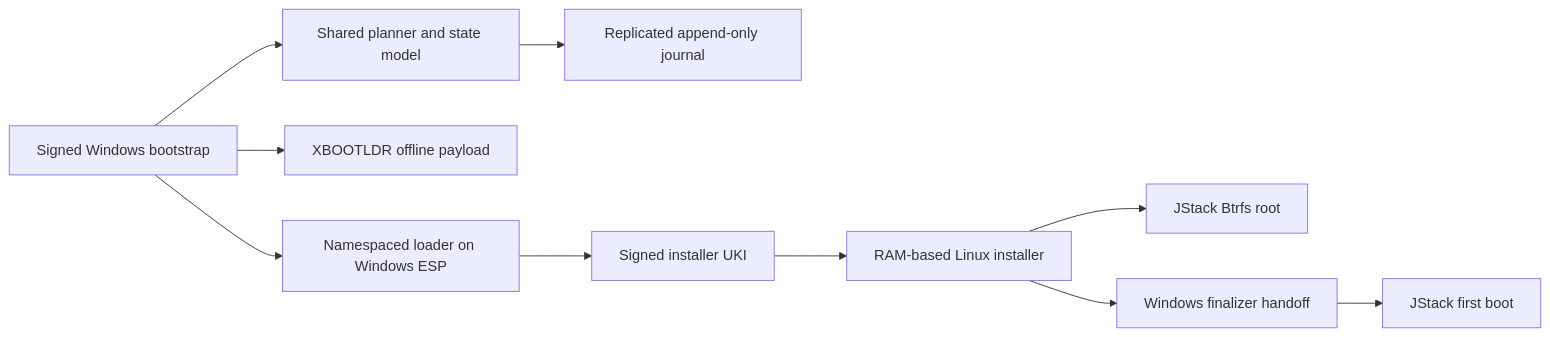
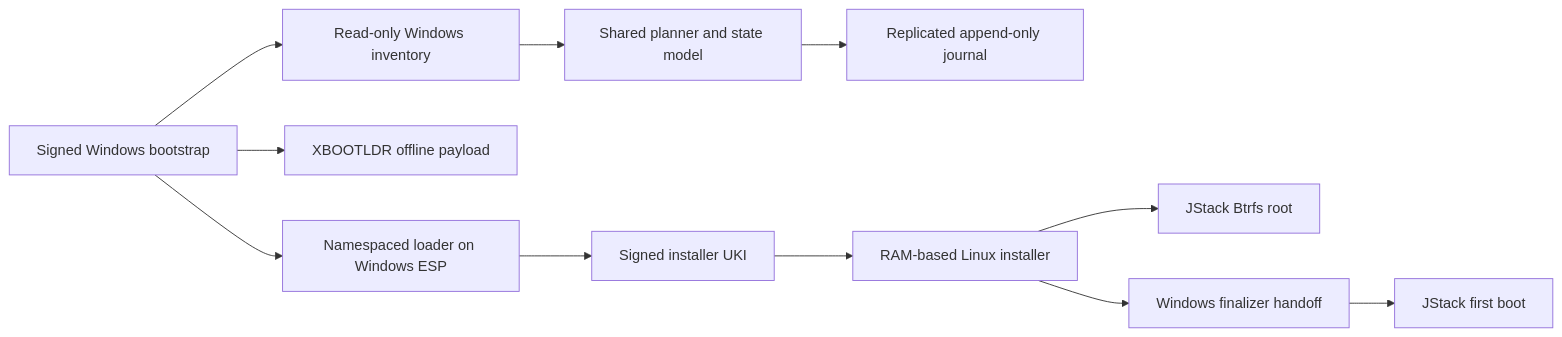
Before and after one commit to 1jehuang/jstack-os: the diagram in docs/installer/ARCHITECTURE.md, drawn with Mermaid. The commit also changed other lines of this file and 21 other files, not shown here.

Commit message:
installer: add read-only Windows inventory

````diff
--- a/docs/installer/ARCHITECTURE.md
+++ b/docs/installer/ARCHITECTURE.md
@@ -16,12 +16,13 @@
 ```mermaid
 flowchart LR
-    W[Signed Windows bootstrap] --> P[Shared planner and state model]
+    W[Signed Windows bootstrap] --> I[Read-only Windows inventory]
+    I --> P[Shared planner and state model]
     P --> J[Replicated append-only journal]
     W --> X[XBOOTLDR offline payload]
     W --> E[Namespaced loader on Windows ESP]
     E --> U[Signed installer UKI]
     U --> L[RAM-based Linux installer]
     L --> R[JStack Btrfs root]
     L --> F[Windows finalizer handoff]
     F --> B[JStack first boot]
 ```
````
